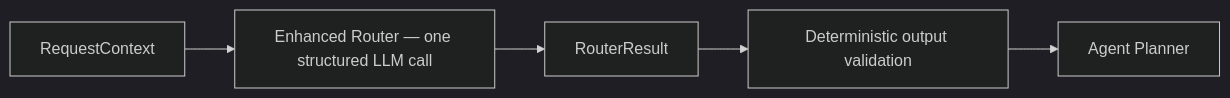
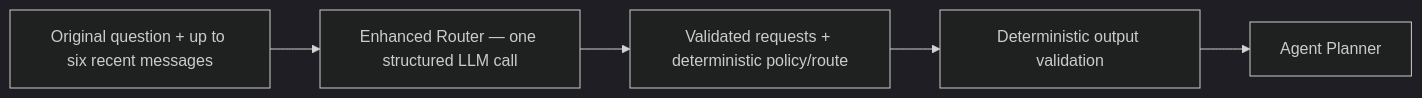
The diagram in Bounded Adaptive Agentic RAG/Stages/Enhanced Router.md (Dorjnyam1326/last_rag), drawn with Mermaid (dark theme) before and after one commit. The commit also changed other lines of this file and 30 other files, not shown here.

````diff
--- a/Bounded Adaptive Agentic RAG/Stages/Enhanced Router.md
+++ b/Bounded Adaptive Agentic RAG/Stages/Enhanced Router.md
@@ -16,8 +16,8 @@
 ```mermaid
 flowchart LR
-    A["RequestContext"] --> B["Enhanced Router — one structured LLM call"]
-    B --> C["RouterResult"]
+    A["Original question + up to six recent messages"] --> B["Enhanced Router — one structured LLM call"]
+    B --> C["Validated requests + deterministic policy/route"]
     C --> D["Deterministic output validation"]
     D --> E["Agent Planner"]
     class A,E internal-link;
 ```
````
